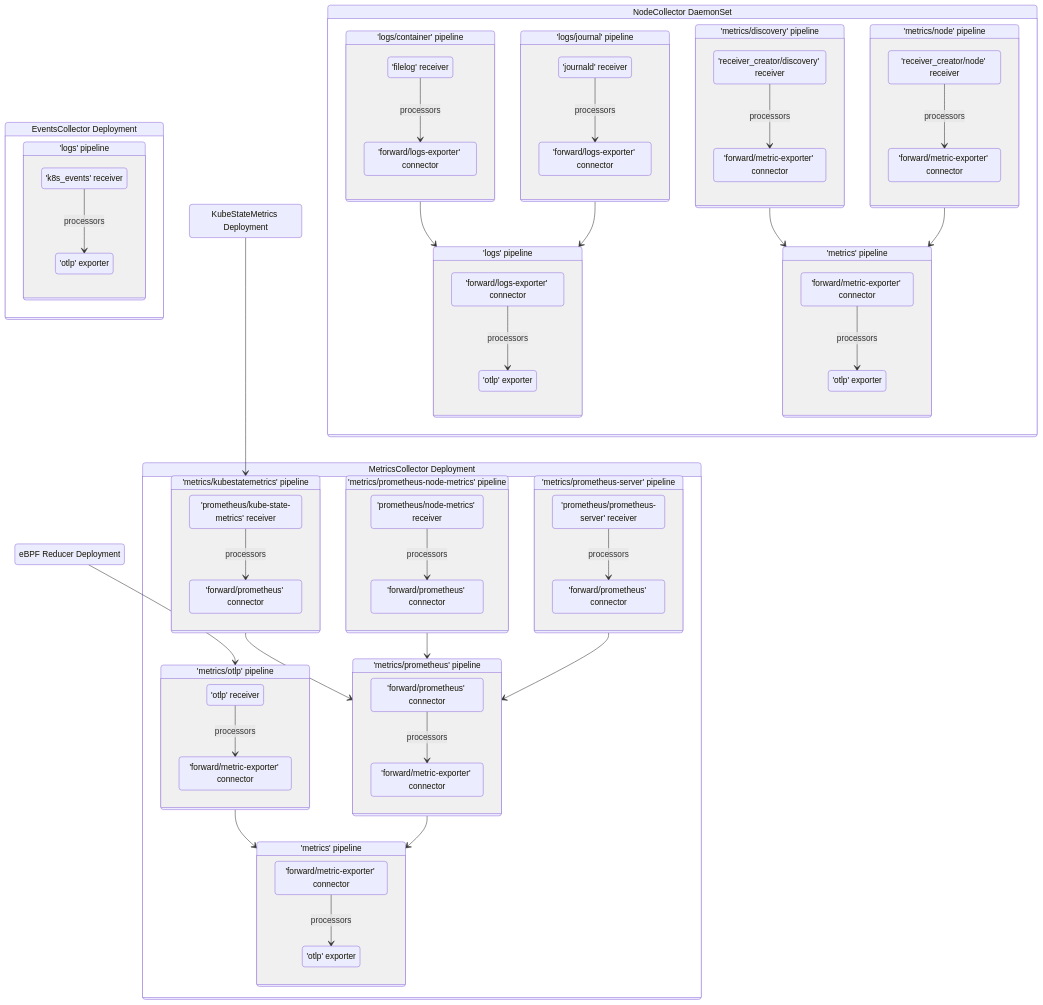
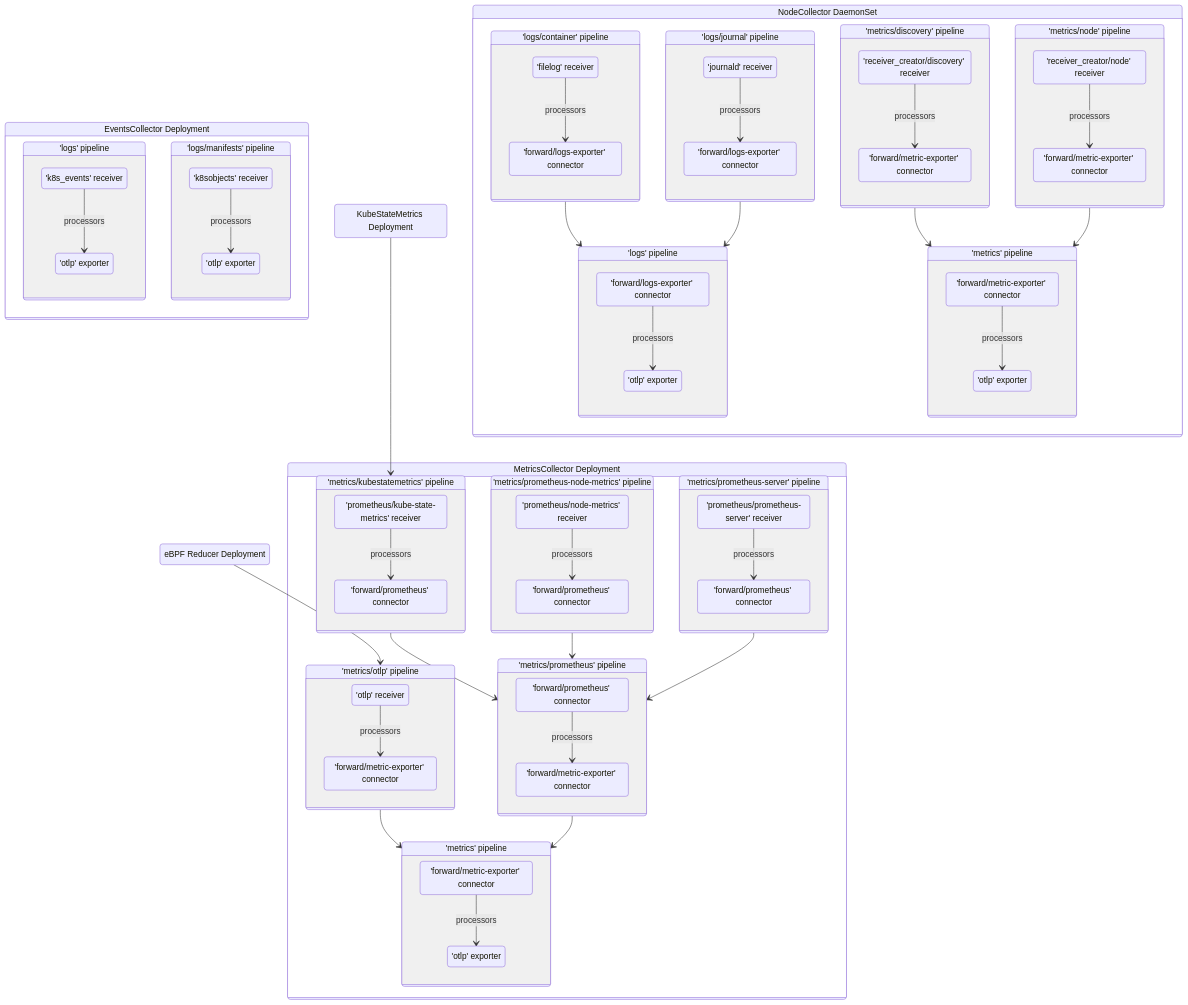
One commit to solarwinds/swi-k8s-opentelemetry-collector changed the diagram in doc/collectorPipeline.md. Above: the diagram before and after it, drawn with Mermaid. The commit also changed 2 other files, not shown here.

Commit message:
Improve documentation

```diff
--- a/doc/collectorPipeline.md
+++ b/doc/collectorPipeline.md
@@ -70,6 +70,13 @@
       ec_r1 --> ec_e1 : processors
     }
 
+  ec_manifestsPipeline: 'logs/manifests' pipeline
+    state ec_manifestsPipeline {
+      ec_r2: 'k8sobjects' receiver
+      ec_e2: 'otlp' exporter
+      ec_r2 --> ec_e2 : processors
+    }
+
   }
 
   kubestatemetricsDeployment: KubeStateMetrics Deployment
```
